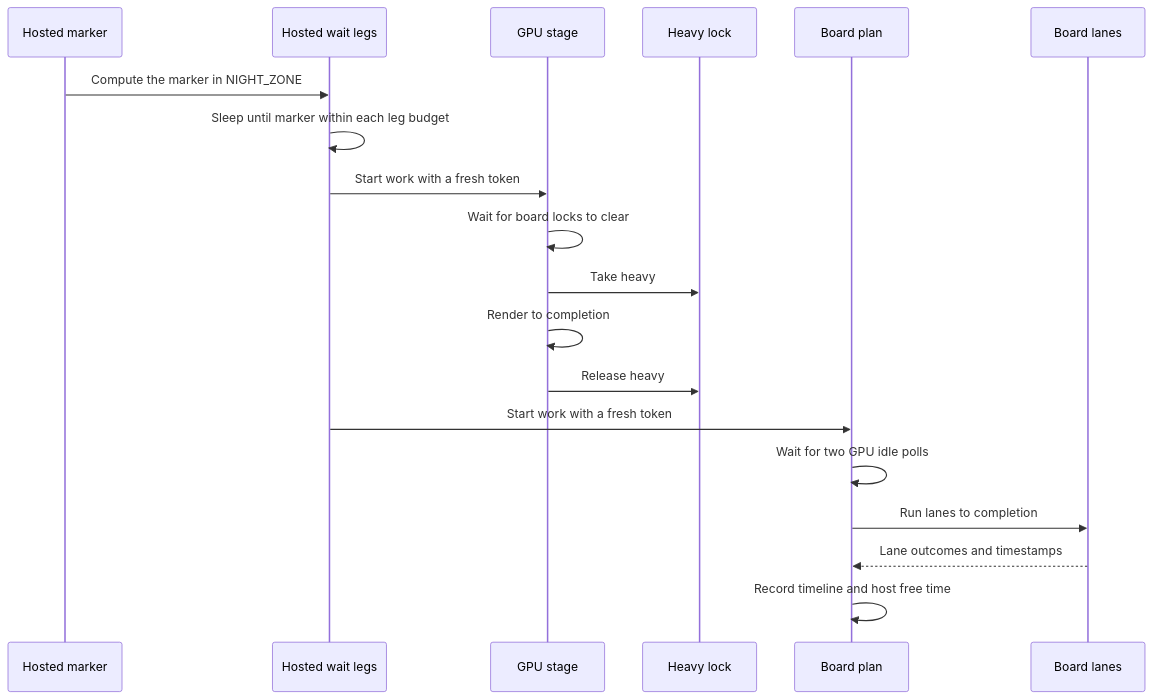
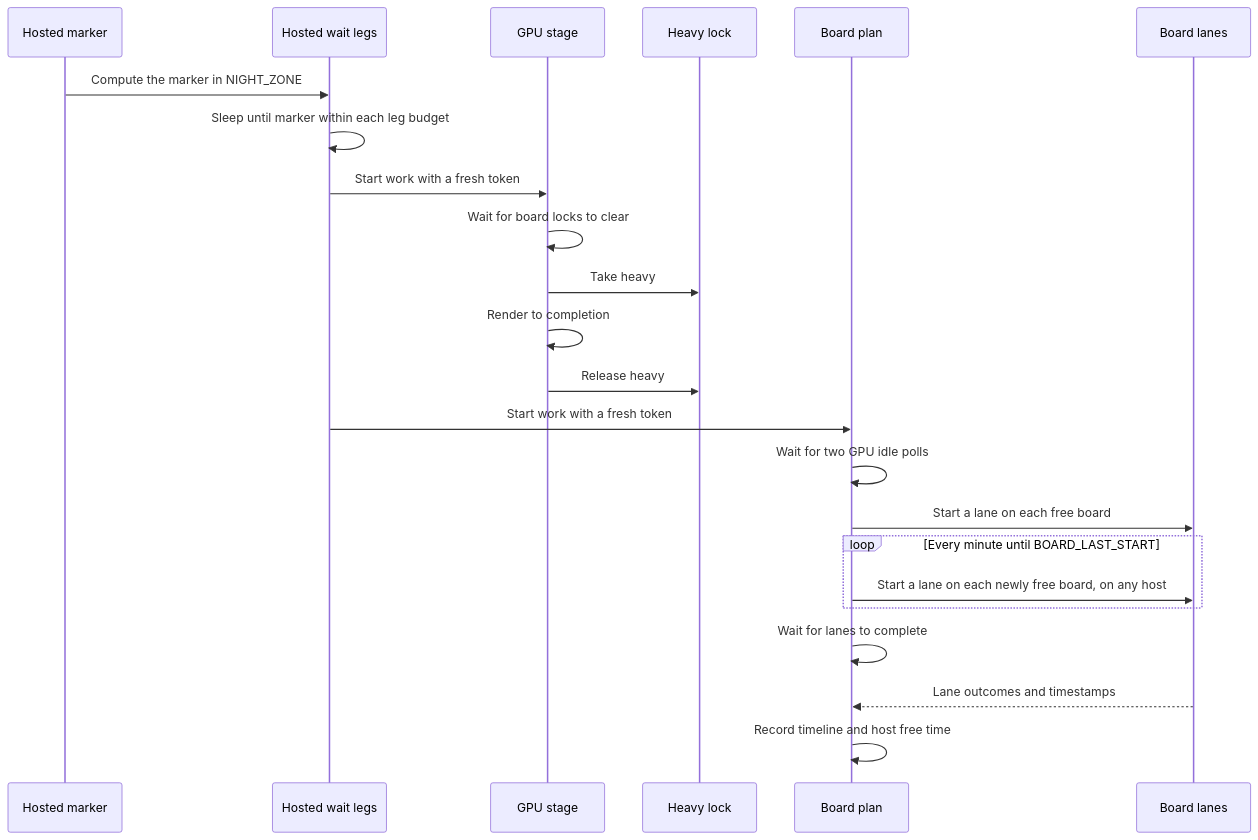
One commit to jose-villegas/autana changed the third of 3 diagrams in launcher/tools/perf/README.md. Above: the diagram before and after it, drawn with Mermaid. The commit also changed other lines of this file and 5 other files, not shown here.

First line of the commit message:
nightly: watch the whole board fleet until BOARD_LAST_START

````diff
--- a/launcher/tools/perf/README.md
+++ b/launcher/tools/perf/README.md
@@ -253,21 +253,25 @@
 ```mermaid
 sequenceDiagram
     participant Marker as Hosted marker
     participant Wait as Hosted wait legs
     participant GPU as GPU stage
     participant Heavy as Heavy lock
     participant Plan as Board plan
     participant Lanes as Board lanes
     Marker->>Wait: Compute the marker in NIGHT_ZONE
     Wait->>Wait: Sleep until marker within each leg budget
     Wait->>GPU: Start work with a fresh token
     GPU->>GPU: Wait for board locks to clear
     GPU->>Heavy: Take heavy
     GPU->>GPU: Render to completion
     GPU->>Heavy: Release heavy
     Wait->>Plan: Start work with a fresh token
     Plan->>Plan: Wait for two GPU idle polls
-    Plan->>Lanes: Run lanes to completion
+    Plan->>Lanes: Start a lane on each free board
+    loop Every minute until BOARD_LAST_START
+        Plan->>Lanes: Start a lane on each newly free board, on any host
+    end
+    Plan->>Plan: Wait for lanes to complete
     Lanes-->>Plan: Lane outcomes and timestamps
     Plan->>Plan: Record timeline and host free time
 ```
````
